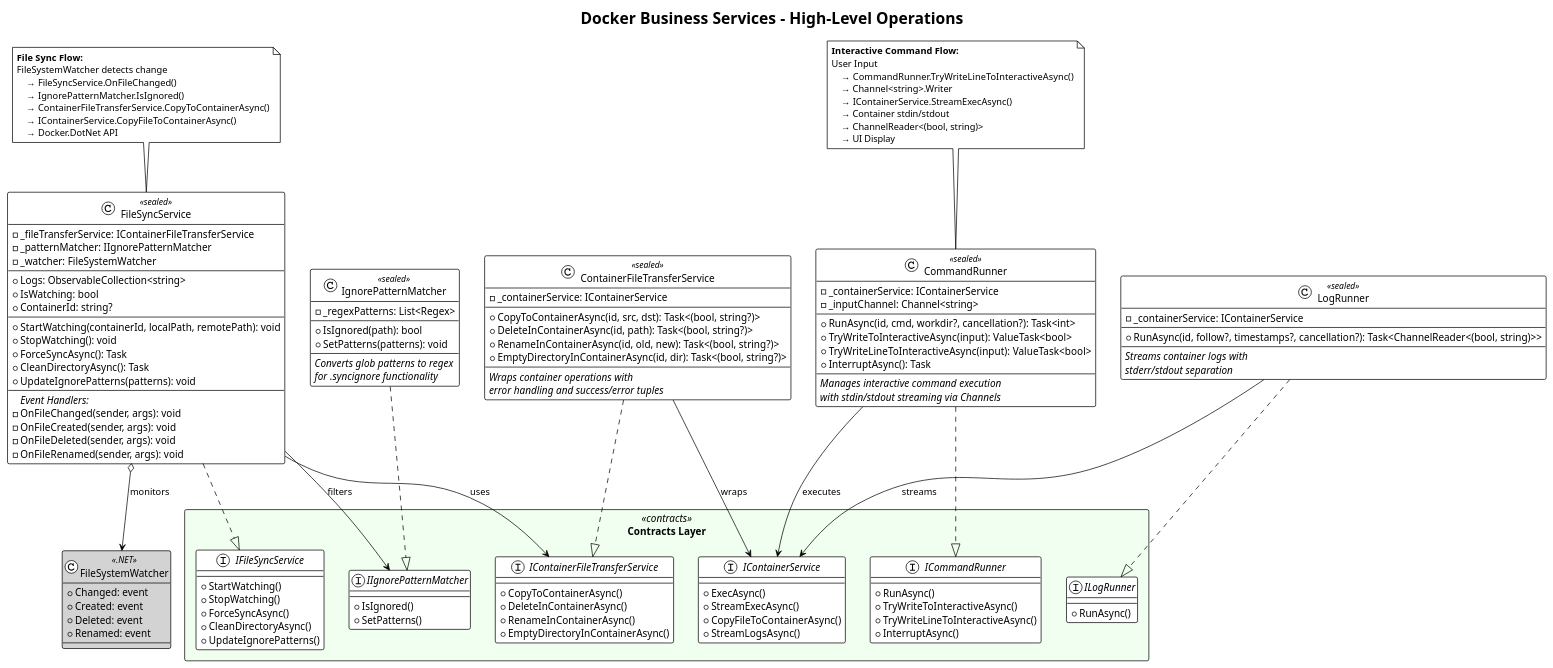
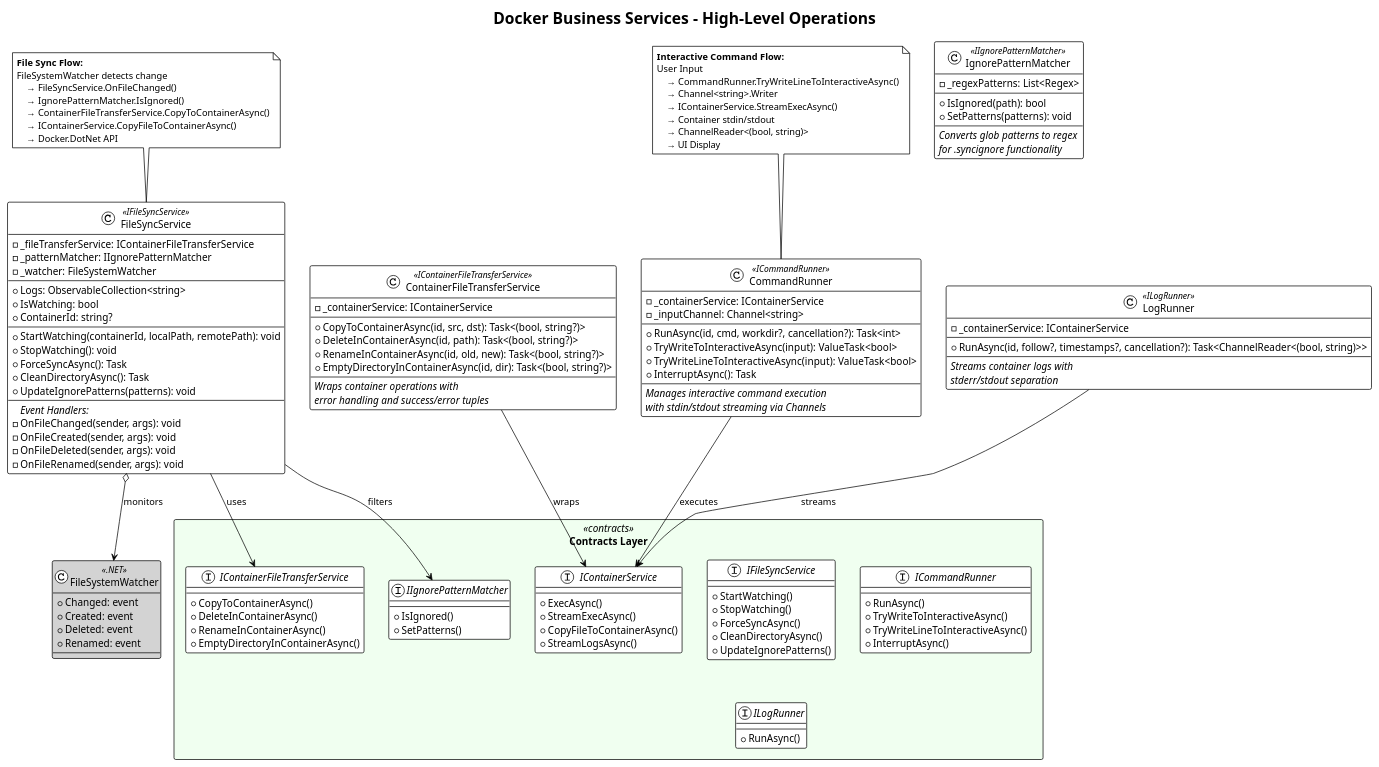
Before and after one commit to ReflexLevel0/DockerBuildboxSystem: the diagram in docs/Docker-Business-Services.wsd, drawn with PlantUML. The commit also changed 7 other files, not shown here.

```diff
--- a/docs/Docker-Business-Services.wsd
+++ b/docs/Docker-Business-Services.wsd
@@ -1,179 +1,172 @@
 @startuml Docker Business Services
 !theme plain
 skinparam componentStyle rectangle
 skinparam packageStyle rectangle
 
 title Docker Business Services - High-Level Operations
 
 ' ====================================================================
 ' CONTRACTS
 ' ====================================================================
 package "Contracts Layer" <<contracts>> #Honeydew {
     interface IContainerService {
         + ExecAsync()
         + StreamExecAsync()
         + CopyFileToContainerAsync()
         + StreamLogsAsync()
     }
 
     interface IContainerFileTransferService {
         + CopyToContainerAsync()
         + DeleteInContainerAsync()
         + RenameInContainerAsync()
         + EmptyDirectoryInContainerAsync()
     }
 
     interface IFileSyncService {
         + StartWatching()
         + StopWatching()
         + ForceSyncAsync()
         + CleanDirectoryAsync()
         + UpdateIgnorePatterns()
     }
 
     interface ICommandRunner {
         + RunAsync()
         + TryWriteToInteractiveAsync()
         + TryWriteLineToInteractiveAsync()
         + InterruptAsync()
     }
 
     interface ILogRunner {
         + RunAsync()
     }
 
     interface IIgnorePatternMatcher {
         + IsIgnored()
         + SetPatterns()
     }
 }
 
 ' ====================================================================
 ' BUSINESS SERVICES
 ' ====================================================================
 
-class ContainerFileTransferService <<sealed>> {
+class ContainerFileTransferService <<IContainerFileTransferService>> {
     - _containerService: IContainerService
     --
     + CopyToContainerAsync(id, src, dst): Task<(bool, string?)>
     + DeleteInContainerAsync(id, path): Task<(bool, string?)>
     + RenameInContainerAsync(id, old, new): Task<(bool, string?)>
     + EmptyDirectoryInContainerAsync(id, dir): Task<(bool, string?)>
     --
     <i>Wraps container operations with</i>
     <i>error handling and success/error tuples</i>
 }
 
-class FileSyncService <<sealed>> {
+class FileSyncService <<IFileSyncService>> {
     - _fileTransferService: IContainerFileTransferService
     - _patternMatcher: IIgnorePatternMatcher
     - _watcher: FileSystemWatcher
     --
     + Logs: ObservableCollection<string>
     + IsWatching: bool
     + ContainerId: string?
     --
     + StartWatching(containerId, localPath, remotePath): void
     + StopWatching(): void
     + ForceSyncAsync(): Task
     + CleanDirectoryAsync(): Task
     + UpdateIgnorePatterns(patterns): void
     --
     <i>Event Handlers:</i>
     - OnFileChanged(sender, args): void
     - OnFileCreated(sender, args): void
     - OnFileDeleted(sender, args): void
     - OnFileRenamed(sender, args): void
 }
 
-class CommandRunner <<sealed>> {
+class CommandRunner <<ICommandRunner>> {
     - _containerService: IContainerService
     - _inputChannel: Channel<string>
     --
     + RunAsync(id, cmd, workdir?, cancellation?): Task<int>
     + TryWriteToInteractiveAsync(input): ValueTask<bool>
     + TryWriteLineToInteractiveAsync(input): ValueTask<bool>
     + InterruptAsync(): Task
     --
     <i>Manages interactive command execution</i>
     <i>with stdin/stdout streaming via Channels</i>
 }
 
-class LogRunner <<sealed>> {
+class LogRunner <<ILogRunner>> {
     - _containerService: IContainerService
     --
     + RunAsync(id, follow?, timestamps?, cancellation?): Task<ChannelReader<(bool, string)>>
     --
     <i>Streams container logs with</i>
     <i>stderr/stdout separation</i>
 }
 
-class IgnorePatternMatcher <<sealed>> {
+class IgnorePatternMatcher <<IIgnorePatternMatcher>> {
     - _regexPatterns: List<Regex>
     --
     + IsIgnored(path): bool
     + SetPatterns(patterns): void
     --
     <i>Converts glob patterns to regex</i>
     <i>for .syncignore functionality</i>
 }
 
 ' ====================================================================
 ' RELATIONSHIPS
 ' ====================================================================
-
-' Implementations
-ContainerFileTransferService ..|> IContainerFileTransferService
-FileSyncService ..|> IFileSyncService
-CommandRunner ..|> ICommandRunner
-LogRunner ..|> ILogRunner
-IgnorePatternMatcher ..|> IIgnorePatternMatcher
 
 ' Dependencies
 ContainerFileTransferService --> IContainerService : wraps
 FileSyncService --> IContainerFileTransferService : uses
 FileSyncService --> IIgnorePatternMatcher : filters
 CommandRunner --> IContainerService : executes
 LogRunner --> IContainerService : streams
 
 ' File System Watcher
 FileSyncService o--> FileSystemWatcher : monitors
 
 ' ====================================================================
 ' EXTERNAL COMPONENTS
 ' ====================================================================
 class FileSystemWatcher <<.NET>> #LightGray {
     + Changed: event
     + Created: event
     + Deleted: event
     + Renamed: event
 }
 
 ' ====================================================================
 ' DATA FLOW
 ' ====================================================================
 note as N1
     <b>File Sync Flow:</b>
     FileSystemWatcher detects change
         → FileSyncService.OnFileChanged()
         → IgnorePatternMatcher.IsIgnored()
         → ContainerFileTransferService.CopyToContainerAsync()
         → IContainerService.CopyFileToContainerAsync()
         → Docker.DotNet API
 end note
 
 note as N2
     <b>Interactive Command Flow:</b>
     User Input
         → CommandRunner.TryWriteLineToInteractiveAsync()
         → Channel<string>.Writer
         → IContainerService.StreamExecAsync()
         → Container stdin/stdout
         → ChannelReader<(bool, string)>
         → UI Display
 end note
 
 N1 .. FileSyncService
 N2 .. CommandRunner
 
 @enduml
```
